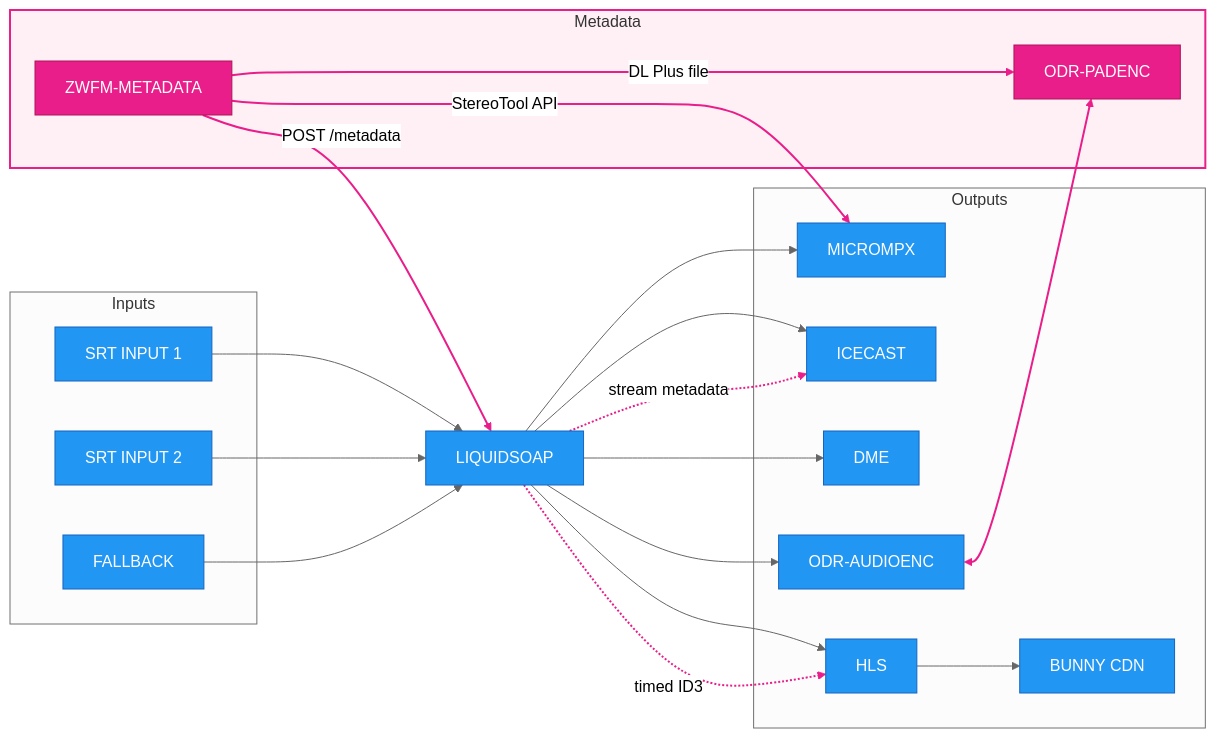
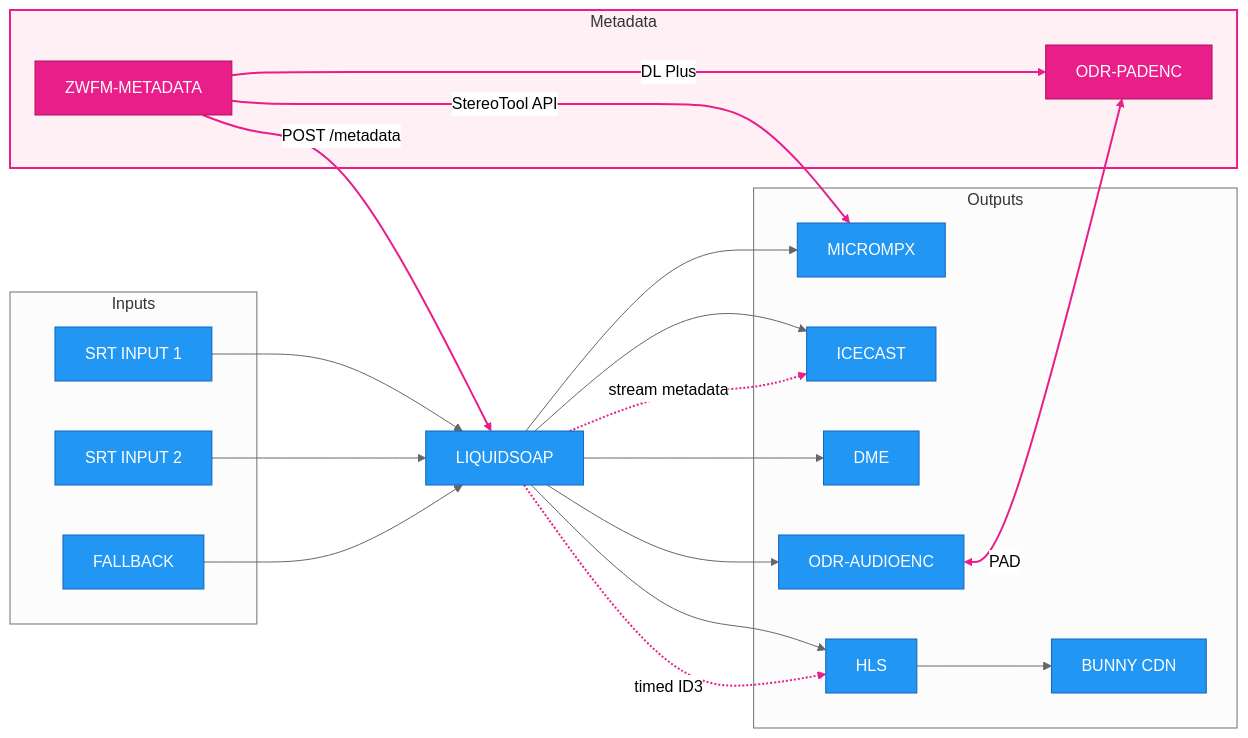
One commit to oszuidwest/zwfm-liquidsoap changed the diagram in README.md. Above: the diagram before and after it, drawn with Mermaid (neutral theme). The commit also changed other lines of this file, not shown here.

Commit message:
docs(readme): tidy the architecture diagram (#150)

````diff
--- a/README.md
+++ b/README.md
@@ -13,50 +13,51 @@
 ```mermaid
+%%{init: {"layout": "dagre"}}%%
 flowchart LR
     subgraph inputs [" Inputs "]
         SRT1["SRT INPUT 1"]
         SRT2["SRT INPUT 2"]
         FALLBACK["FALLBACK"]
     end
 
     LIQUIDSOAP["LIQUIDSOAP"]
 
     subgraph outputs [" Outputs "]
         MICROMPX["MICROMPX"]
         ICECAST["ICECAST"]
         DME["DME"]
+        ODR["ODR-AUDIOENC"]
         HLS["HLS"]
         BUNNY["BUNNY CDN"]
-        ODR["ODR-AUDIOENC"]
     end
 
     subgraph metadata [" Metadata "]
+        ZWFM["ZWFM-METADATA"]
         PADENC["ODR-PADENC"]
-        ZWFM["ZWFM-METADATA"]
     end
 
+    %% Audio (links 0-8)
     SRT1 --> LIQUIDSOAP
     SRT2 --> LIQUIDSOAP
     FALLBACK --> LIQUIDSOAP
-
     LIQUIDSOAP --> MICROMPX
     LIQUIDSOAP --> ICECAST
     LIQUIDSOAP --> DME
+    LIQUIDSOAP --> ODR
     LIQUIDSOAP --> HLS
     HLS --> BUNNY
-    LIQUIDSOAP --> ODR
 
-    ODR <--> PADENC
+    %% Metadata (links 9-14)
     ZWFM -->|POST /metadata| LIQUIDSOAP
-    ZWFM -->|DL Plus file| PADENC
+    ZWFM -->|DL Plus| PADENC
+    ODR <-->|PAD| PADENC
     ZWFM -->|StereoTool API| MICROMPX
     LIQUIDSOAP -. stream metadata .-> ICECAST
     LIQUIDSOAP -. timed ID3 .-> HLS
 
-    classDef blue fill:#2196F3,stroke:#1565C0,color:#fff
-    classDef metadataFlow fill:#E91E8A,stroke:#AD1457,color:#fff
-
-    class SRT1,SRT2,FALLBACK,LIQUIDSOAP,MICROMPX,ICECAST,DME,HLS,BUNNY,ODR blue
-    class PADENC,ZWFM metadataFlow
+    classDef audio fill:#2196F3,stroke:#1565C0,color:#fff
+    classDef meta fill:#E91E8A,stroke:#AD1457,color:#fff
+    class SRT1,SRT2,FALLBACK,LIQUIDSOAP,MICROMPX,ICECAST,DME,ODR,HLS,BUNNY audio
+    class ZWFM,PADENC meta
     style metadata fill:#FFF0F6,stroke:#E91E8A,stroke-width:2px
     linkStyle 9,10,11,12,13,14 stroke:#E91E8A,stroke-width:2px
 ```
````
